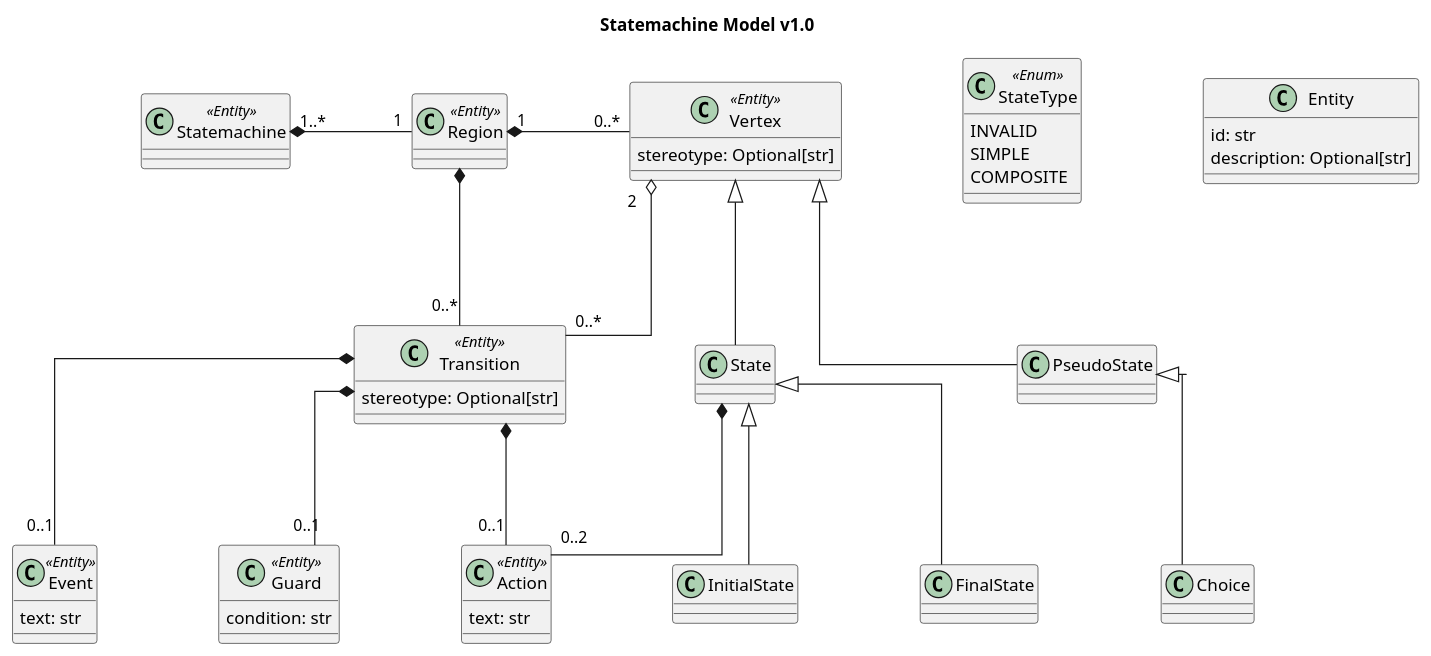
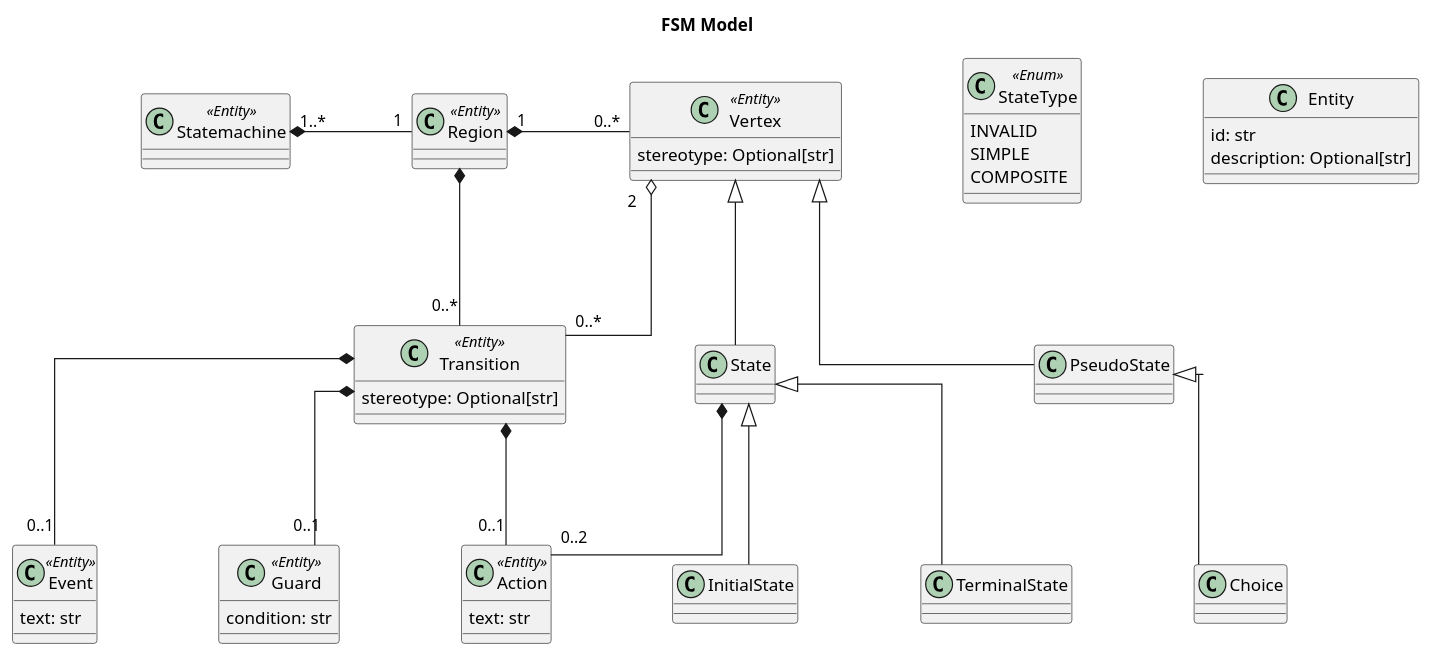
One commit to grhmdev/gen-statemachine changed the diagram in gen_fsm/model/model.puml. Above: the diagram before and after it, drawn with PlantUML.

Commit message:
Update model class diagram

```diff
--- a/gen_fsm/model/model.puml
+++ b/gen_fsm/model/model.puml
@@ -1,75 +1,75 @@
 @startuml
 
 ' Use orthoganal arrows
 skinparam linetype ortho
 ' Set box spacing in the X plane
 skinparam nodesep 100
 ' Set box spacing in the Y plane
 skinparam ranksep 100
 
-title Statemachine Model v1.0
+title FSM Model
 
 ' Classes
 class StateType <<Enum>> {
     INVALID
     SIMPLE
     COMPOSITE
 }
 class Entity {
     id: str
     description: Optional[str]
 }
 class Statemachine <<Entity>> {
 
 }
 class Region <<Entity>>
 class Vertex <<Entity>> {
     stereotype: Optional[str]
 }
 class State {
 
 }
 class InitialState
-class FinalState
+class TerminalState
 class PseudoState {
 
 }
 class Choice
 class Transition <<Entity>> {
     stereotype: Optional[str]
 }
 class Event <<Entity>> {
     text: str
 }
 class Guard <<Entity>> {
     condition: str
 }
 class Action <<Entity>> {
     text: str
 }
 ' Statemachine relations
 Statemachine "1..*" *-right- "1" Region
 
 ' Region relations
 Region "1" *-right- "0..*" Vertex
 Region *-- "0..*" Transition
 
 ' Vertex relations
 Vertex "2" o-- "0..*" Transition
 
 ' State relations
 Vertex <|-- State
 State *-- "0..2" Action 
 State <|-- InitialState
-State <|-- FinalState
+State <|-- TerminalState
 
 ' Psuedostate relations
 Vertex <|-- PseudoState
 PseudoState <|-- Choice
 
 ' Transition relations
 Transition *-- "0..1" Event
 Transition *-- "0..1" Guard
 Transition *-- "0..1" Action
 
 @enduml
```
